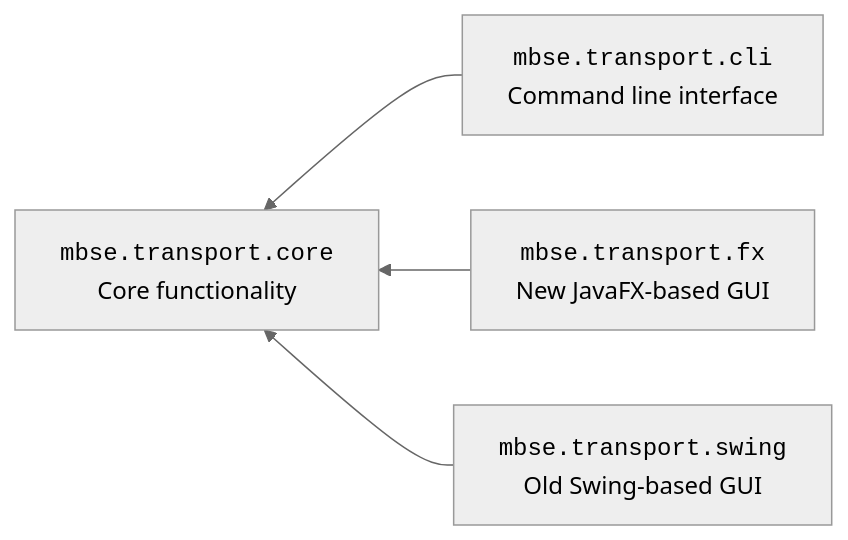
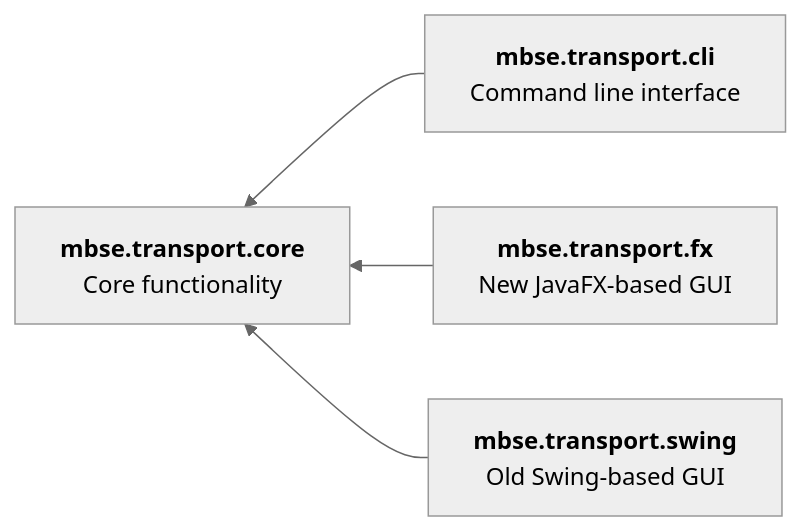
Before and after one commit to ghackenberg/Transport-IDE: the second of 2 diagrams in README.md, drawn with Mermaid (neutral theme).

Commit message:
make package names bold

````diff
--- a/README.md
+++ b/README.md
@@ -95,12 +95,12 @@
 ```mermaid
 flowchart RL
     
-    core["<code>mbse.transport.core</code><br/>Core functionality"]
-    cli["<code>mbse.transport.cli</code><br/>Command line interface"]
-    fx["<code>mbse.transport.fx</code><br/>New JavaFX-based GUI"]
-    swing["<code>mbse.transport.swing</code><br/>Old Swing-based GUI"]
+    core["<b>mbse.transport.core</b><br/>Core functionality"]
+    cli["<b>mbse.transport.cli</b><br/>Command line interface"]
+    fx["<b>mbse.transport.fx</b><br/>New JavaFX-based GUI"]
+    swing["<b>mbse.transport.swing</b><br/>Old Swing-based GUI"]
 
     cli --> core
     fx --> core
     swing --> core
 ```
````
